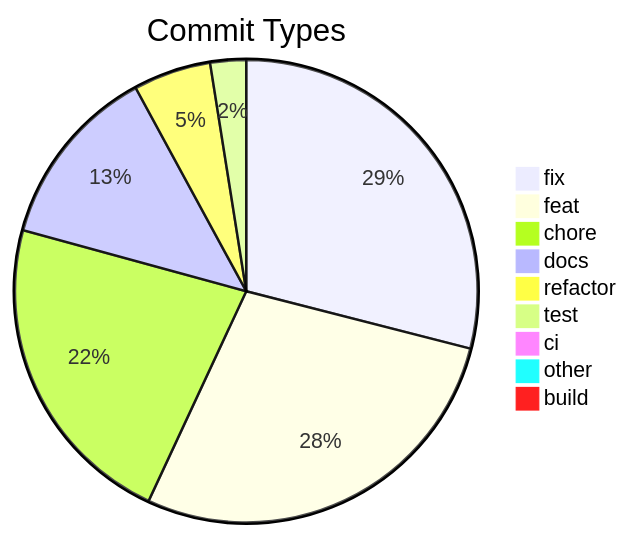
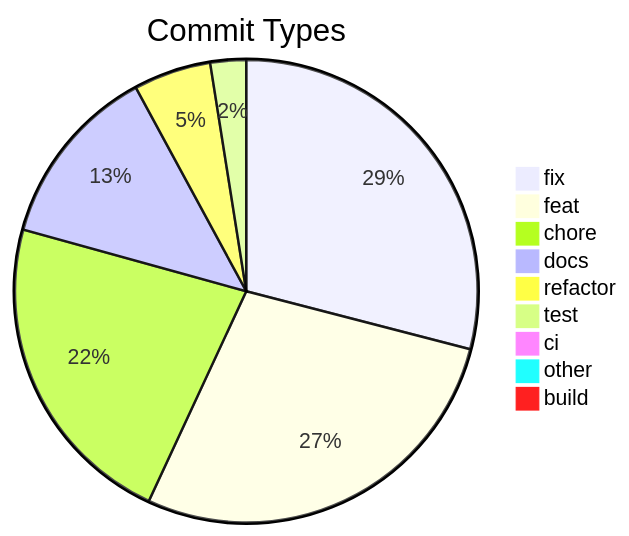
The diagram in .shipwright/compliance/change-history.md (svenroth-ai/shipwright), drawn with Mermaid before and after one commit. The commit also changed other lines of this file and 12 other files, not shown here.

````diff
--- a/.shipwright/compliance/change-history.md
+++ b/.shipwright/compliance/change-history.md
@@ -8,12 +8,12 @@
 ```mermaid
 pie title Commit Types
-    "fix" : 278
+    "fix" : 279
     "feat" : 268
-    "chore" : 214
+    "chore" : 215
     "docs" : 123
     "refactor" : 52
     "test" : 24
     "ci" : 7
     "other" : 7
     "build" : 1
 ```
````
